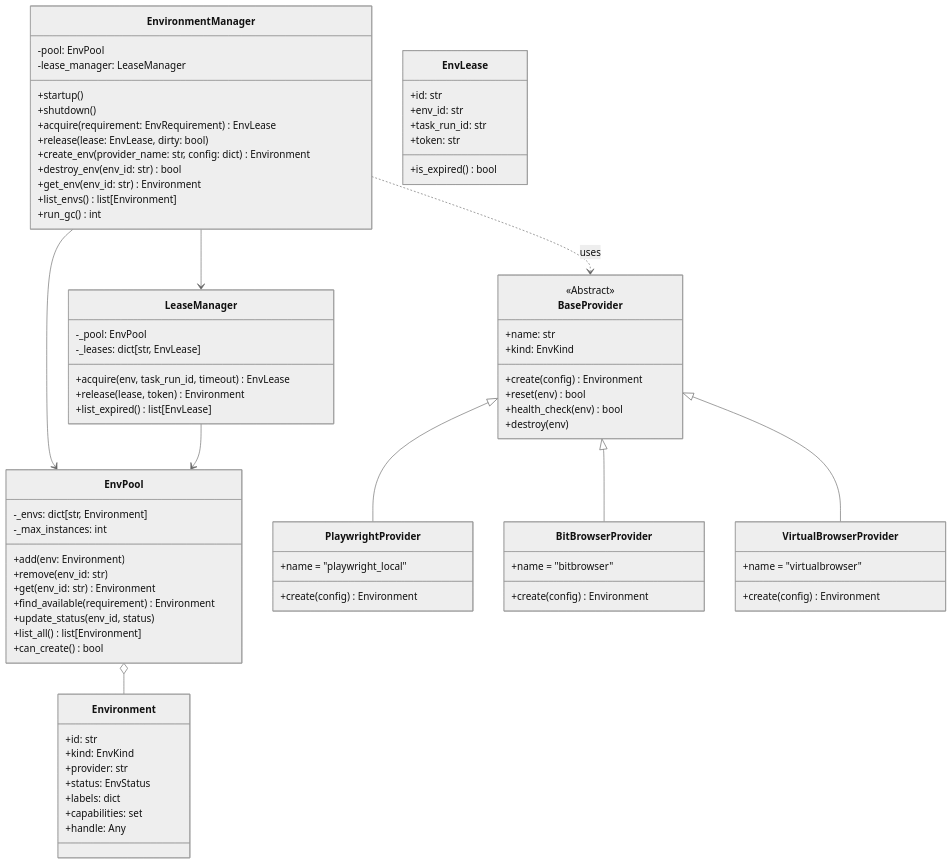
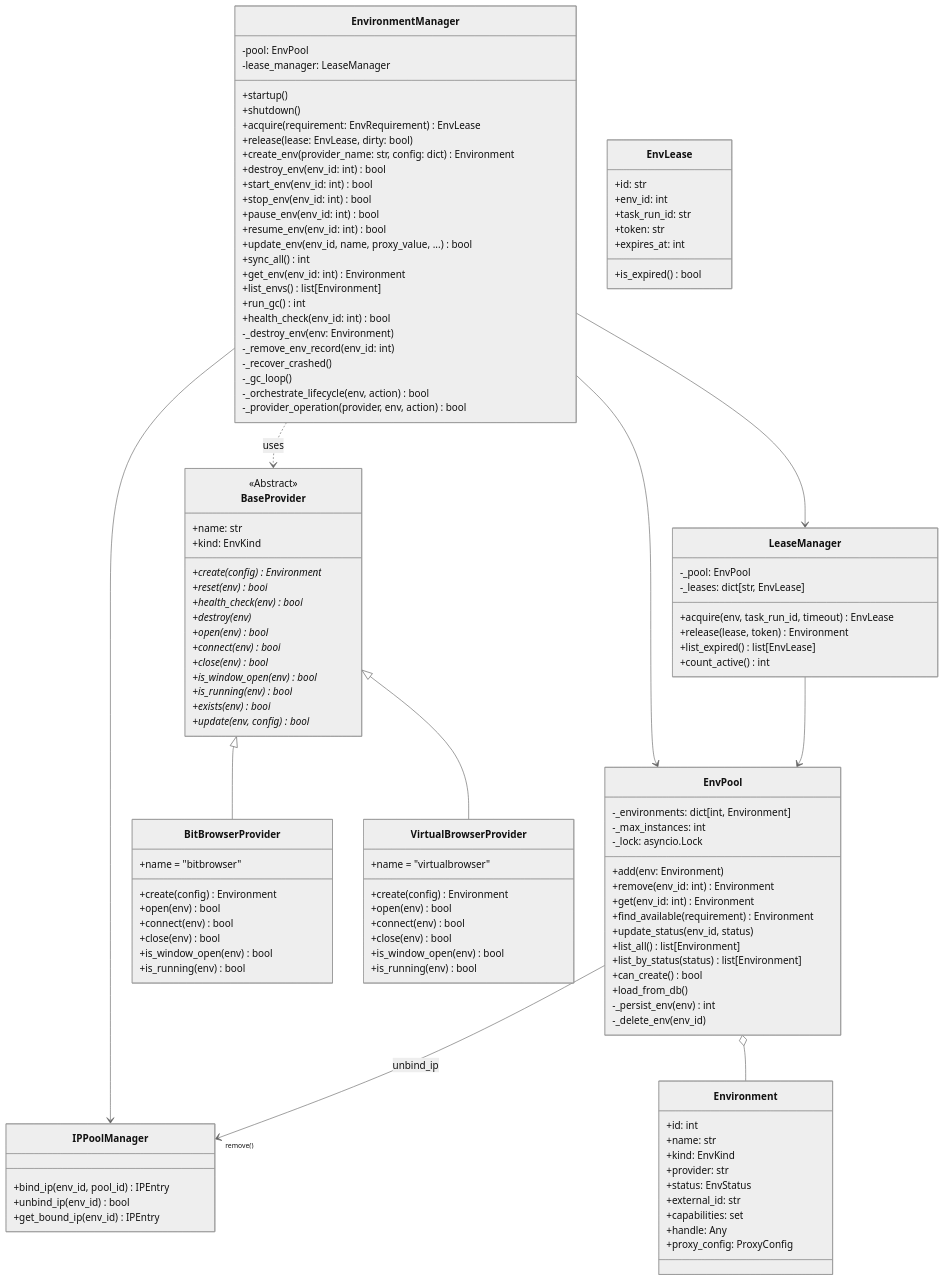
One commit to uroborus2s/crawler4j changed the first of 5 diagrams in docs/design/module-01-runtime-environment.md. Above: the diagram before and after it, drawn with Mermaid (neutral theme). The commit also changed 36 other files, not shown here.

```diff
--- a/docs/design/module-01-runtime-environment.md
+++ b/docs/design/module-01-runtime-environment.md
@@ -20,22 +20,40 @@
         +acquire(requirement: EnvRequirement) EnvLease
         +release(lease: EnvLease, dirty: bool)
         +create_env(provider_name: str, config: dict) Environment
-        +destroy_env(env_id: str) bool
-        +get_env(env_id: str) Environment
+        +destroy_env(env_id: int) bool
+        +start_env(env_id: int) bool
+        +stop_env(env_id: int) bool
+        +pause_env(env_id: int) bool
+        +resume_env(env_id: int) bool
+        +update_env(env_id, name, proxy_value, ...) bool
+        +sync_all() int
+        +get_env(env_id: int) Environment
         +list_envs() list[Environment]
         +run_gc() int
+        +health_check(env_id: int) bool
+        -_destroy_env(env: Environment)
+        -_remove_env_record(env_id: int)
+        -_recover_crashed()
+        -_gc_loop()
+        -_orchestrate_lifecycle(env, action) bool
+        -_provider_operation(provider, env, action) bool
     }
 
     class EnvPool {
-        -_envs: dict[str, Environment]
+        -_environments: dict[int, Environment]
         -_max_instances: int
+        -_lock: asyncio.Lock
         +add(env: Environment)
-        +remove(env_id: str)
-        +get(env_id: str) Environment
+        +remove(env_id: int) Environment
+        +get(env_id: int) Environment
         +find_available(requirement) Environment
         +update_status(env_id, status)
         +list_all() list[Environment]
+        +list_by_status(status) list[Environment]
         +can_create() bool
+        +load_from_db()
+        -_persist_env(env) int
+        -_delete_env(env_id)
     }
 
     class LeaseManager {
@@ -44,56 +62,79 @@
         +acquire(env, task_run_id, timeout) EnvLease
         +release(lease, token) Environment
         +list_expired() list[EnvLease]
+        +count_active() int
     }
 
     class BaseProvider {
         <<Abstract>>
         +name: str
         +kind: EnvKind
-        +create(config) Environment
-        +reset(env) bool
-        +health_check(env) bool
-        +destroy(env)
-    }
-
-    class PlaywrightProvider {
-        +name = "playwright_local"
-        +create(config) Environment
+        +create(config)* Environment
+        +reset(env)* bool
+        +health_check(env)* bool
+        +destroy(env)*
+        +open(env)* bool
+        +connect(env)* bool
+        +close(env)* bool
+        +is_window_open(env)* bool
+        +is_running(env)* bool
+        +exists(env)* bool
+        +update(env, config)* bool
     }
 
     class BitBrowserProvider {
         +name = "bitbrowser"
         +create(config) Environment
+        +open(env) bool
+        +connect(env) bool
+        +close(env) bool
+        +is_window_open(env) bool
+        +is_running(env) bool
     }
 
     class VirtualBrowserProvider {
         +name = "virtualbrowser"
         +create(config) Environment
+        +open(env) bool
+        +connect(env) bool
+        +close(env) bool
+        +is_window_open(env) bool
+        +is_running(env) bool
     }
 
     class Environment {
-        +id: str
+        +id: int
+        +name: str
         +kind: EnvKind
         +provider: str
         +status: EnvStatus
-        +labels: dict
+        +external_id: str
         +capabilities: set
         +handle: Any
+        +proxy_config: ProxyConfig
     }
 
     class EnvLease {
         +id: str
-        +env_id: str
+        +env_id: int
         +task_run_id: str
         +token: str
+        +expires_at: int
         +is_expired() bool
+    }
+
+    class IPPoolManager {
+        +bind_ip(env_id, pool_id) IPEntry
+        +unbind_ip(env_id) bool
+        +get_bound_ip(env_id) IPEntry
     }
 
     EnvironmentManager --> EnvPool
     EnvironmentManager --> LeaseManager
+    EnvironmentManager --> IPPoolManager
     EnvironmentManager ..> BaseProvider : uses
     LeaseManager --> EnvPool
-    BaseProvider <|-- PlaywrightProvider
+    EnvPool --> "remove()" IPPoolManager : unbind_ip
     BaseProvider <|-- BitBrowserProvider
     BaseProvider <|-- VirtualBrowserProvider
     EnvPool o-- Environment
```
